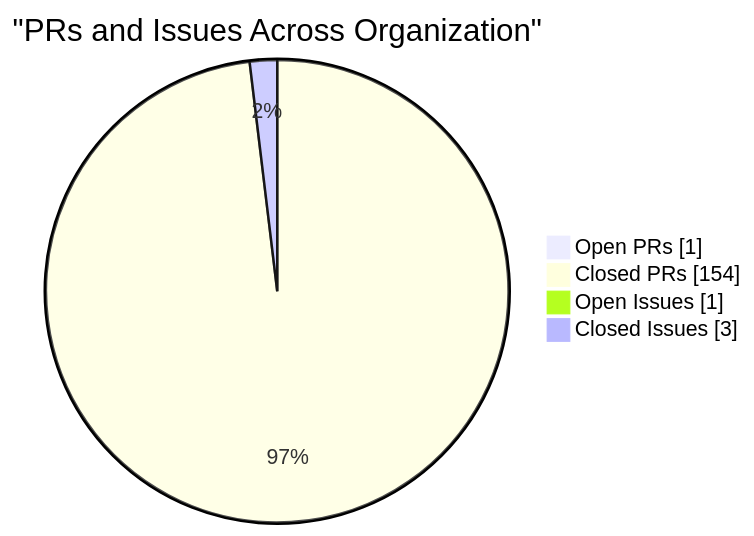
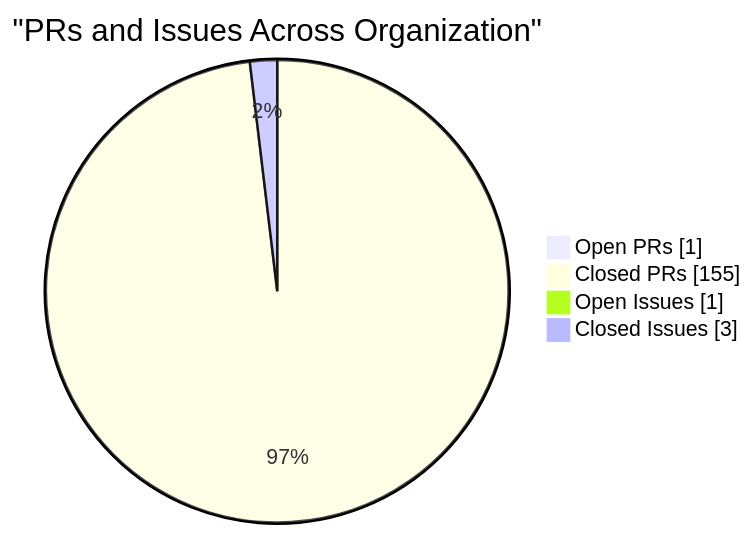
One commit to CSTH-Projects/.github changed the fourth of 4 diagrams in profile/README.md. Above: the diagram before and after it, drawn with Mermaid. The commit also changed other lines of this file, not shown here.

````diff
--- a/profile/README.md
+++ b/profile/README.md
@@ -100,8 +100,8 @@
 ```mermaid
 pie showData
     title "PRs and Issues Across Organization"
     "Open PRs" : 1
-    "Closed PRs" : 154
+    "Closed PRs" : 155
     "Open Issues" : 1
     "Closed Issues" : 3
 ```
````
